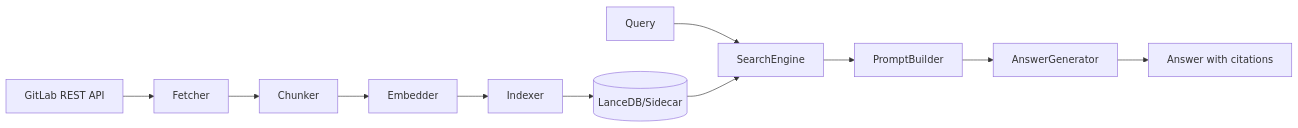
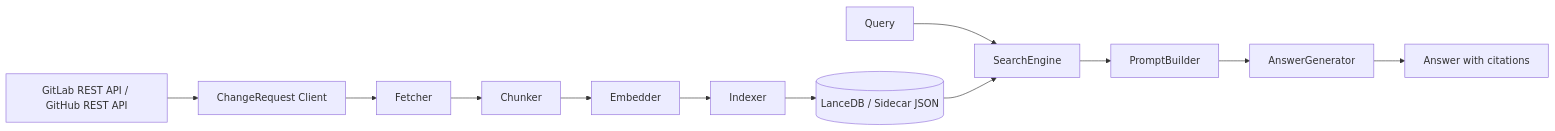
Before and after one commit to akihiro4321/devvault: the diagram in doc/01-system-overview.md, drawn with Mermaid. The commit also changed other lines of this file and 16 other files, not shown here.

````diff
--- a/doc/01-system-overview.md
+++ b/doc/01-system-overview.md
@@ -10,13 +10,14 @@
 ```mermaid
 flowchart LR
-  A[GitLab REST API] --> B[Fetcher]
-  B --> C[Chunker]
-  C --> D[Embedder]
-  D --> E[Indexer]
-  E --> F[(LanceDB/Sidecar)]
-  Q[Query] --> G[SearchEngine]
-  F --> G
-  G --> H[PromptBuilder]
-  H --> I[AnswerGenerator]
-  I --> O[Answer with citations]
+  A[GitLab REST API / GitHub REST API] --> B[ChangeRequest Client]
+  B --> C[Fetcher]
+  C --> D[Chunker]
+  D --> E[Embedder]
+  E --> F[Indexer]
+  F --> G[(LanceDB / Sidecar JSON)]
+  Q[Query] --> H[SearchEngine]
+  G --> H
+  H --> I[PromptBuilder]
+  I --> J[AnswerGenerator]
+  J --> O[Answer with citations]
 ```
````
